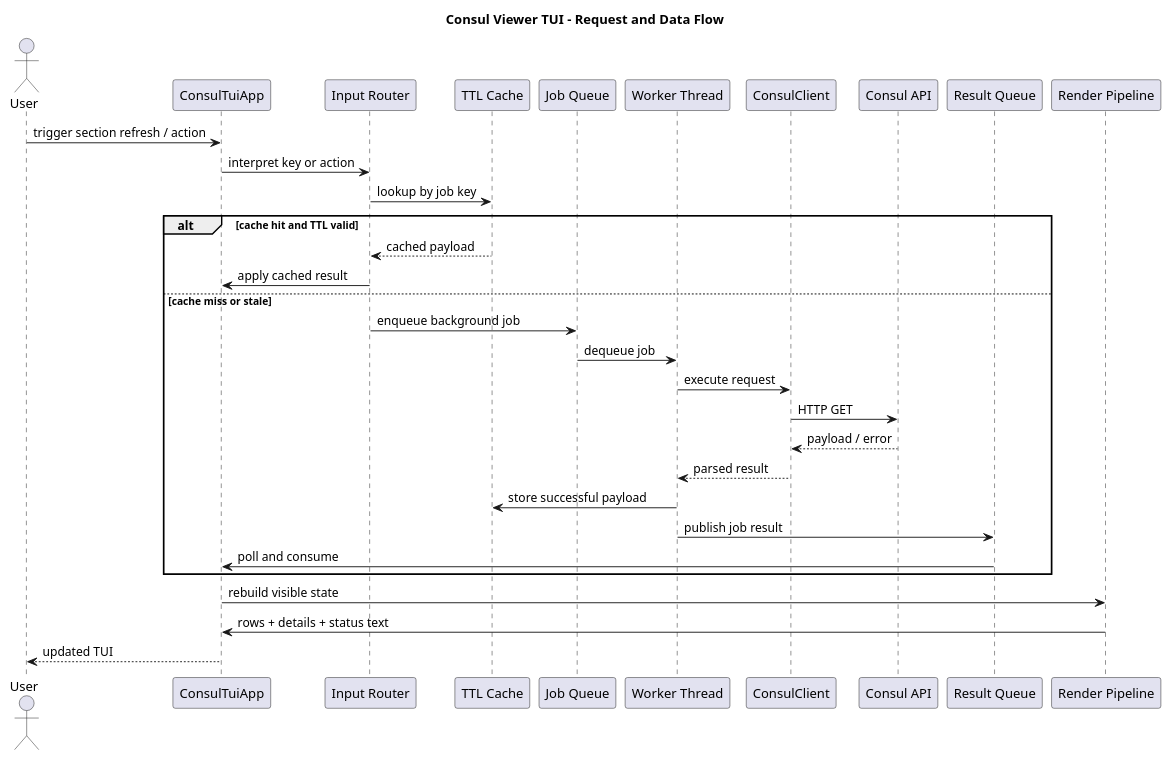
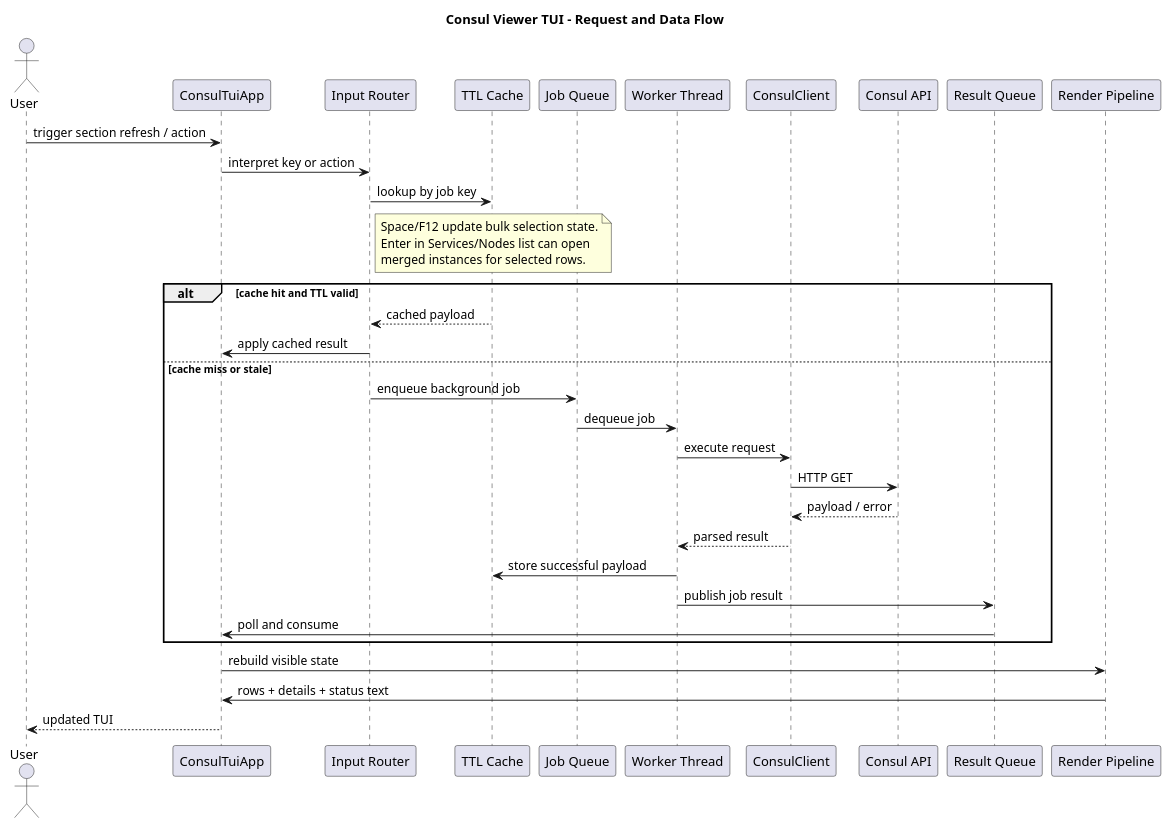
One commit to dtarasov7/consul-viewer changed the diagram in diagramms/02-request-dataflow.puml. Above: the diagram before and after it, drawn with PlantUML. The commit also changed 15 other files, not shown here.

```diff
--- a/diagramms/02-request-dataflow.puml
+++ b/diagramms/02-request-dataflow.puml
@@ -1,40 +1,46 @@
 @startuml
 title Consul Viewer TUI - Request and Data Flow
 
 skinparam shadowing false
 
 actor User
 participant "ConsulTuiApp" as App
 participant "Input Router" as Input
 participant "TTL Cache" as Cache
 participant "Job Queue" as Jobs
 participant "Worker Thread" as Worker
 participant "ConsulClient" as Client
 participant "Consul API" as Api
 participant "Result Queue" as Results
 participant "Render Pipeline" as Render
 
 User -> App: trigger section refresh / action
 App -> Input: interpret key or action
 Input -> Cache: lookup by job key
+
+note right of Input
+Space/F12 update bulk selection state.
+Enter in Services/Nodes list can open
+merged instances for selected rows.
+end note
 
 alt cache hit and TTL valid
   Cache --> Input: cached payload
   Input -> App: apply cached result
 else cache miss or stale
   Input -> Jobs: enqueue background job
   Jobs -> Worker: dequeue job
   Worker -> Client: execute request
   Client -> Api: HTTP GET
   Api --> Client: payload / error
   Client --> Worker: parsed result
   Worker -> Cache: store successful payload
   Worker -> Results: publish job result
   Results -> App: poll and consume
 end
 
 App -> Render: rebuild visible state
 Render -> App: rows + details + status text
 App --> User: updated TUI
 
 @enduml
```
